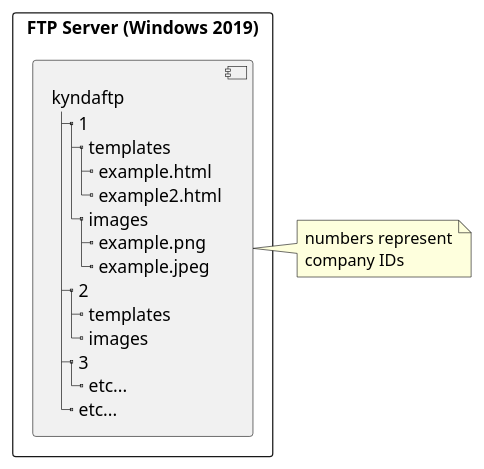
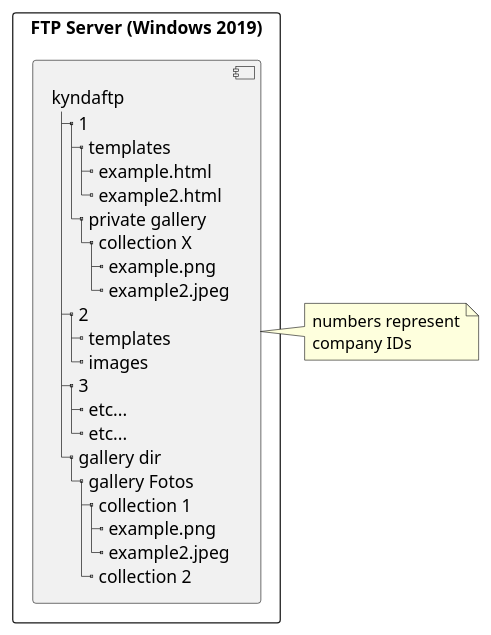
One commit to NielsPoldervaart/Project-C-Groep-4 changed the diagram in Diagrams (PlantUml)/FTPServerModel.plantuml. Above: the diagram before and after it, drawn with PlantUML.

Commit message:
Updated FTP Model structure

```diff
--- a/Diagrams (PlantUml)/FTPServerModel.plantuml
+++ b/Diagrams (PlantUml)/FTPServerModel.plantuml
@@ -1,24 +1,31 @@
 @startuml FTPServerModel
 rectangle "FTP Server (Windows 2019)" {
     component A [
         kyndaftp
         |_ 1
           |_ templates
             |_ example.html 
             |_ example2.html
-          |_ images
-            |_ example.png
-            |_ example.jpeg
+          |_ private gallery
+            |_ collection X
+              |_ example.png
+              |_ example2.jpeg
         |_ 2
           |_ templates
           |_ images
         |_ 3
           |_ etc...
-        |_ etc...
+          |_ etc...
+        |_ gallery dir
+          |_ gallery Fotos
+            |_ collection 1
+              |_ example.png
+              |_ example2.jpeg
+            |_ collection 2
     ]
 }
 note right of A
 numbers represent
 company IDs
 end note
 @enduml
```
